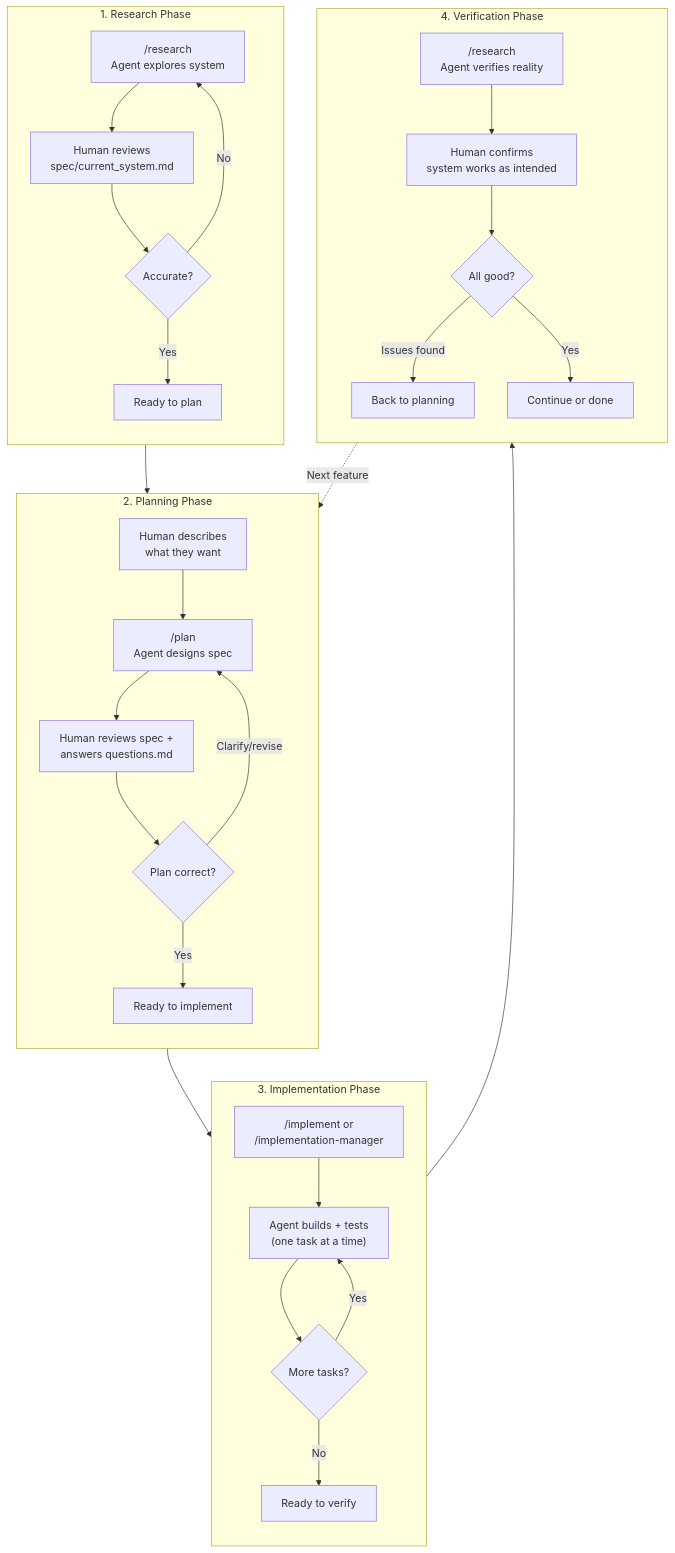
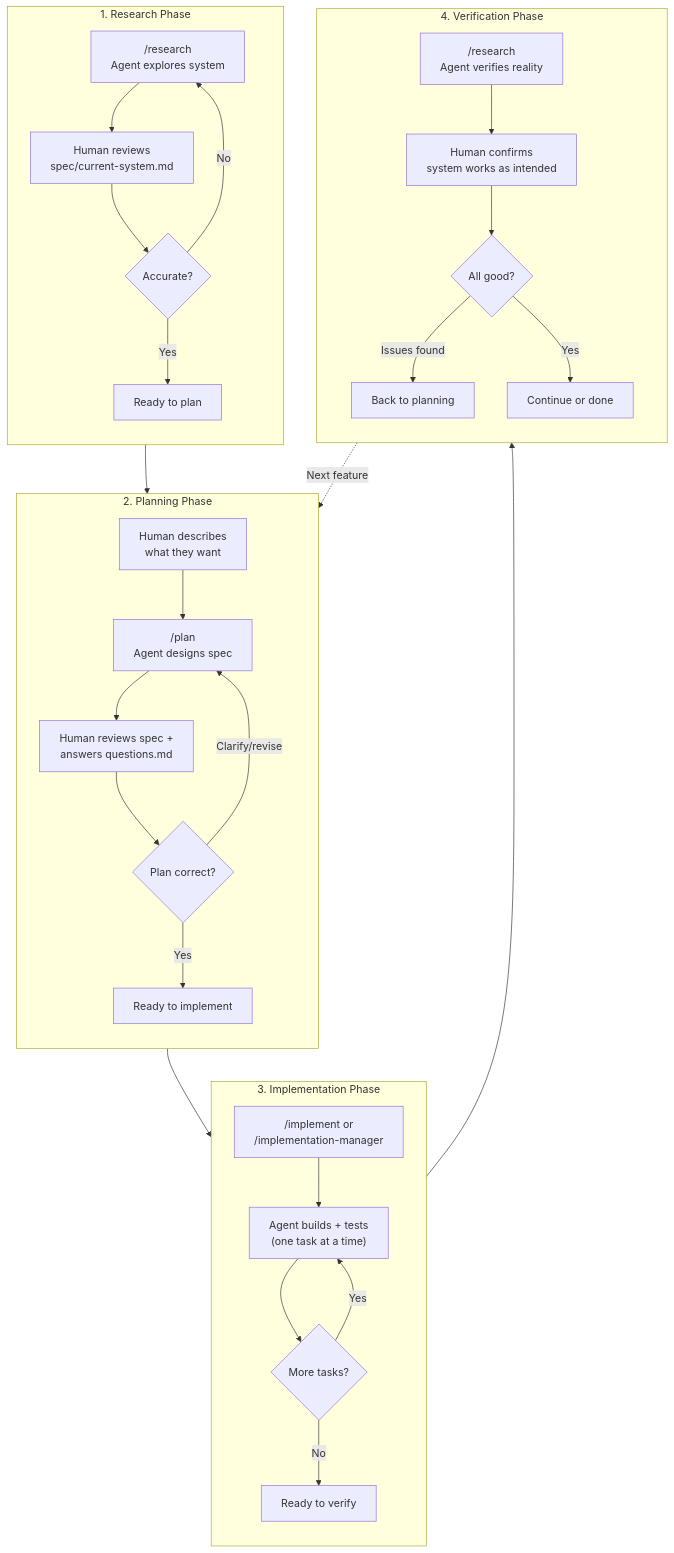
Before and after one commit to ahoydave/dotfiles: the second of 3 diagrams in agents/workflow.md, drawn with Mermaid. The commit also changed other lines of this file and 14 other files, not shown here.

````diff
--- a/agents/workflow.md
+++ b/agents/workflow.md
@@ -66,46 +66,46 @@
 ```mermaid
 flowchart TB
     subgraph research["1. Research Phase"]
         direction TB
         R1["/research<br>Agent explores system"]
-        R2["Human reviews<br>spec/current_system.md"]
+        R2["Human reviews<br>spec/current-system.md"]
         R3{Accurate?}
         R1 --> R2 --> R3
         R3 -->|No| R1
         R3 -->|Yes| RDone[Ready to plan]
     end
 
     subgraph plan["2. Planning Phase"]
         direction TB
         P1["Human describes<br>what they want"]
         P2["/plan<br>Agent designs spec"]
         P3["Human reviews spec +<br>answers questions.md"]
         P4{Plan correct?}
         P1 --> P2 --> P3 --> P4
         P4 -->|"Clarify/revise"| P2
         P4 -->|Yes| PDone[Ready to implement]
     end
 
     subgraph impl["3. Implementation Phase"]
         direction TB
         I1["/implement or<br>/implementation-manager"]
         I2["Agent builds + tests<br>(one task at a time)"]
         I3{More tasks?}
         I1 --> I2 --> I3
         I3 -->|Yes| I2
         I3 -->|No| IDone[Ready to verify]
     end
 
     subgraph verify["4. Verification Phase"]
         direction TB
         V1["/research<br>Agent verifies reality"]
         V2["Human confirms<br>system works as intended"]
         V3{All good?}
         V1 --> V2 --> V3
         V3 -->|Issues found| VFix[Back to planning]
         V3 -->|Yes| VDone[Continue or done]
     end
 
     research --> plan --> impl --> verify
     verify -.->|"Next feature"| plan
 ```
````
